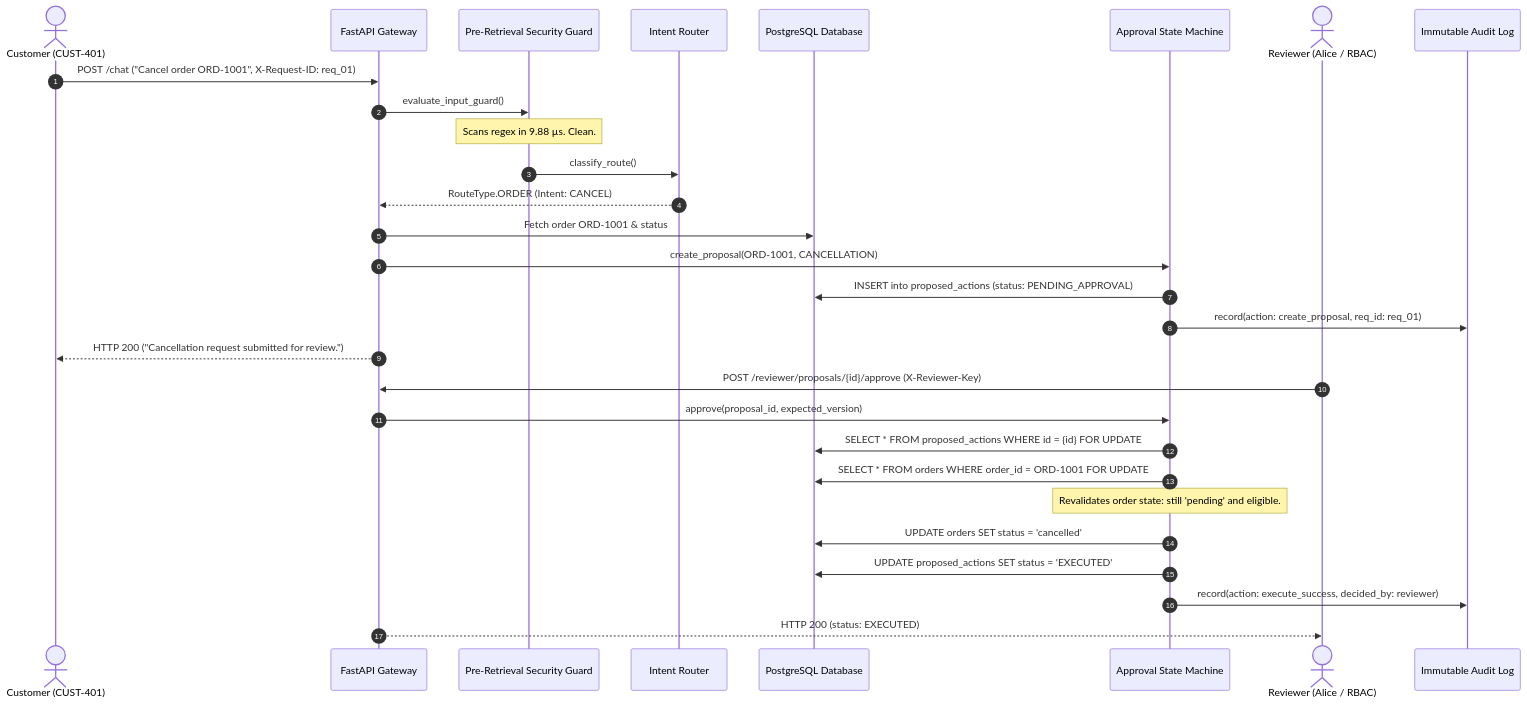
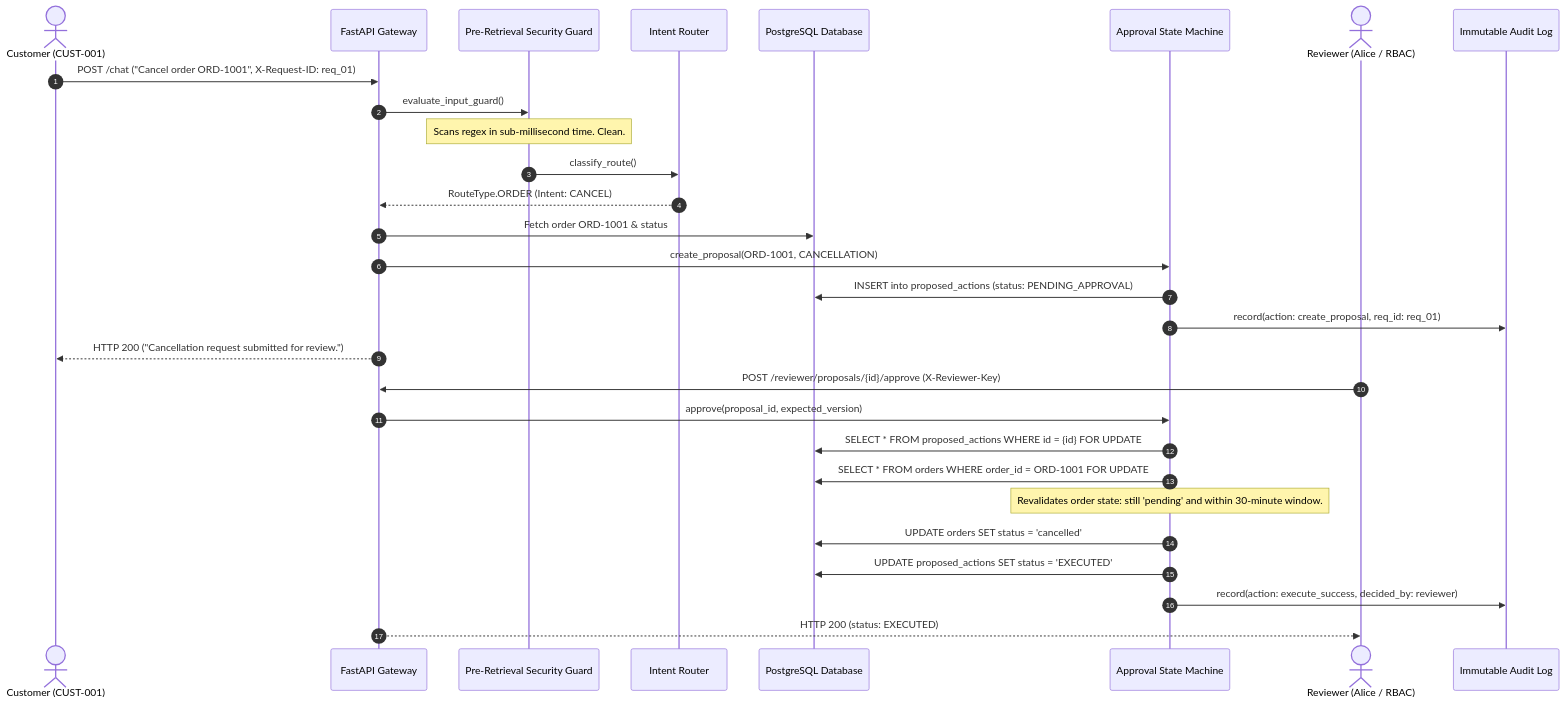
The diagram in evaluation/production_hardening_2026_11_26/COMPLETE_JOURNEY_REPORT.md (djcode0718/cometchat-ai-agent-intern-test), drawn with Mermaid before and after one commit. The commit also changed other lines of this file and 35 other files, not shown here.

````diff
--- a/evaluation/production_hardening_2026_11_26/COMPLETE_JOURNEY_REPORT.md
+++ b/evaluation/production_hardening_2026_11_26/COMPLETE_JOURNEY_REPORT.md
@@ -14,33 +14,33 @@
 ```mermaid
 sequenceDiagram
     autonumber
-    actor Customer as Customer (CUST-401)
+    actor Customer as Customer (CUST-001)
     participant API as FastAPI Gateway
     participant Guard as Pre-Retrieval Security Guard
     participant Router as Intent Router
     participant DB as PostgreSQL Database
     participant Approvals as Approval State Machine
     actor Reviewer as Reviewer (Alice / RBAC)
     participant Audit as Immutable Audit Log
 
     Customer->>API: POST /chat ("Cancel order ORD-1001", X-Request-ID: req_01)
     API->>Guard: evaluate_input_guard()
-    Note over Guard: Scans regex in 9.88 µs. Clean.
+    Note over Guard: Scans regex in sub-millisecond time. Clean.
     Guard->>Router: classify_route()
     Router-->>API: RouteType.ORDER (Intent: CANCEL)
     API->>DB: Fetch order ORD-1001 & status
     API->>Approvals: create_proposal(ORD-1001, CANCELLATION)
     Approvals->>DB: INSERT into proposed_actions (status: PENDING_APPROVAL)
     Approvals->>Audit: record(action: create_proposal, req_id: req_01)
     API-->>Customer: HTTP 200 ("Cancellation request submitted for review.")
 
     Reviewer->>API: POST /reviewer/proposals/{id}/approve (X-Reviewer-Key)
     API->>Approvals: approve(proposal_id, expected_version)
     Approvals->>DB: SELECT * FROM proposed_actions WHERE id = {id} FOR UPDATE
     Approvals->>DB: SELECT * FROM orders WHERE order_id = ORD-1001 FOR UPDATE
-    Note over Approvals: Revalidates order state: still 'pending' and eligible.
+    Note over Approvals: Revalidates order state: still 'pending' and within 30-minute window.
     Approvals->>DB: UPDATE orders SET status = 'cancelled'
     Approvals->>DB: UPDATE proposed_actions SET status = 'EXECUTED'
     Approvals->>Audit: record(action: execute_success, decided_by: reviewer)
     API-->>Reviewer: HTTP 200 (status: EXECUTED)
 ```
````
